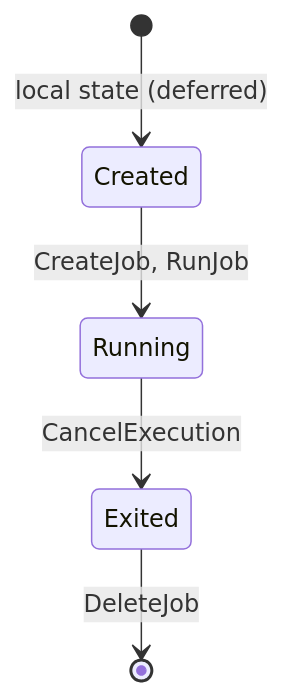
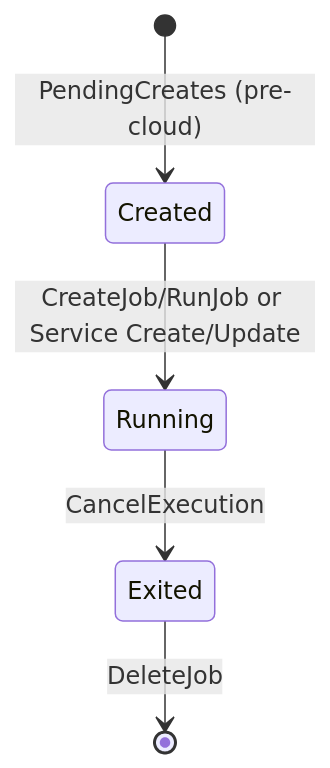
Before and after one commit to e6qu/sockerless: the eighth of 19 diagrams in ARCHITECTURE.md, drawn with Mermaid. The commit also changed other lines of this file and 64 other files, not shown here.

````diff
--- a/ARCHITECTURE.md
+++ b/ARCHITECTURE.md
@@ -208,7 +208,7 @@
 ```mermaid
 stateDiagram-v2
-    [*] --> Created: local state (deferred)
-    Created --> Running: CreateJob, RunJob
+    [*] --> Created: PendingCreates (pre-cloud)
+    Created --> Running: CreateJob/RunJob or Service Create/Update
     Running --> Exited: CancelExecution
     Exited --> [*]: DeleteJob
 ```
````
